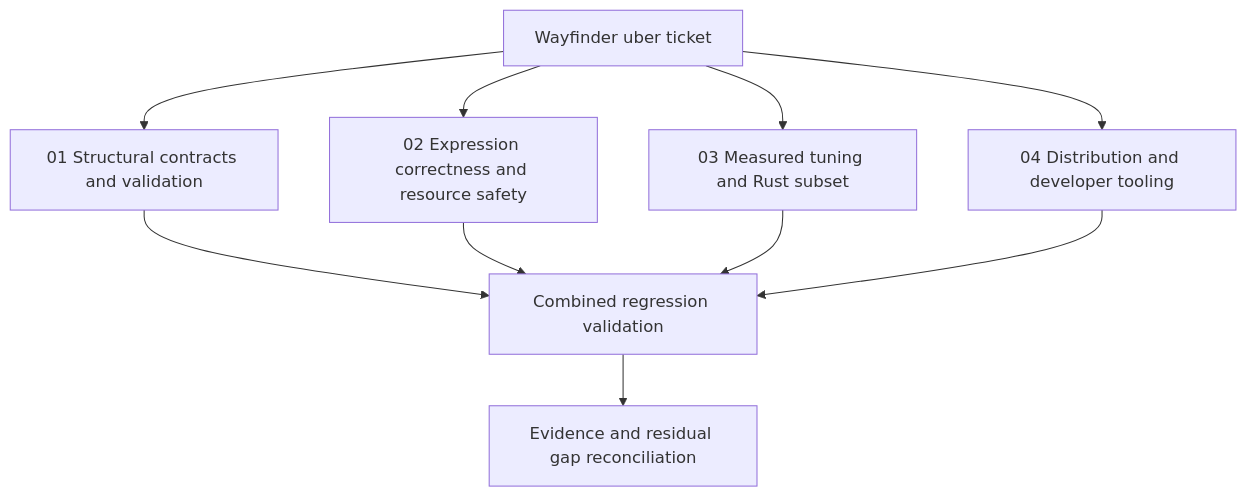
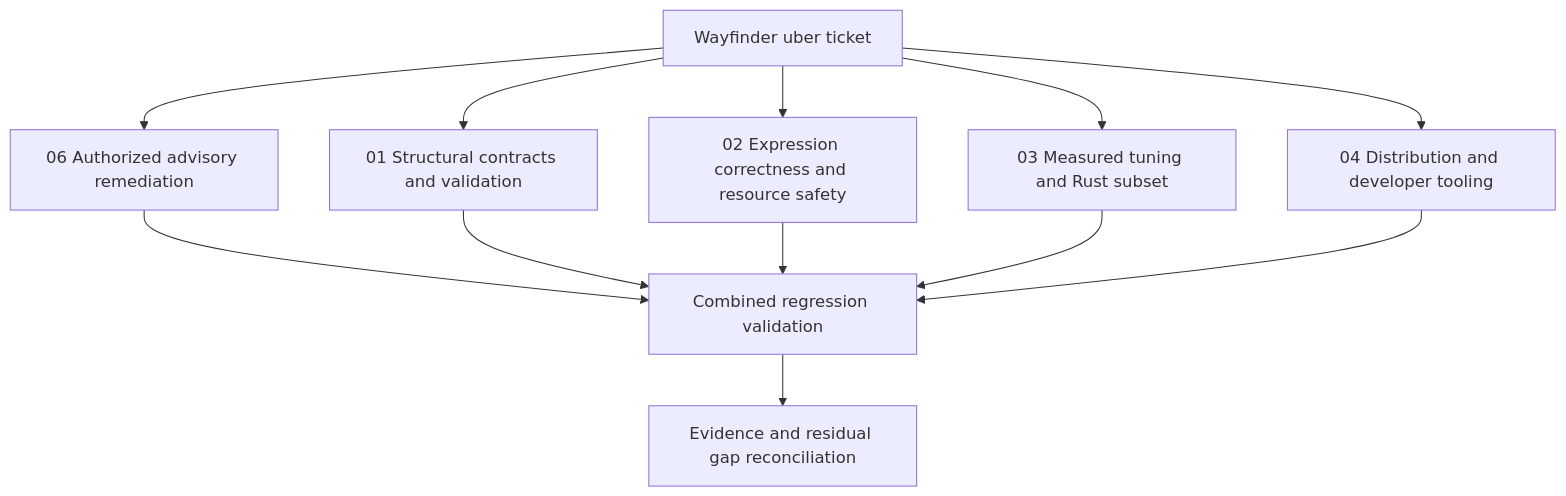
Before and after one commit to elite-libs/rules-machine: the diagram in docs/review/WAYFINDER.md, drawn with Mermaid. The commit also changed other lines of this file and 16 other files, not shown here.

Commit message:
docs: reconcile authorized advisory remediation and final performance evidence

````diff
--- a/docs/review/WAYFINDER.md
+++ b/docs/review/WAYFINDER.md
@@ -7,12 +7,14 @@
 ```mermaid
 flowchart TD
   W[Wayfinder uber ticket] --> S[01 Structural contracts and validation]
   W --> E[02 Expression correctness and resource safety]
   W --> P[03 Measured tuning and Rust subset]
   W --> D[04 Distribution and developer tooling]
+  W --> A[06 Authorized advisory remediation]
+  A --> V
   S --> V[Combined regression validation]
   E --> V
   P --> V
   D --> V
   V --> R[Evidence and residual gap reconciliation]
 ```
````
